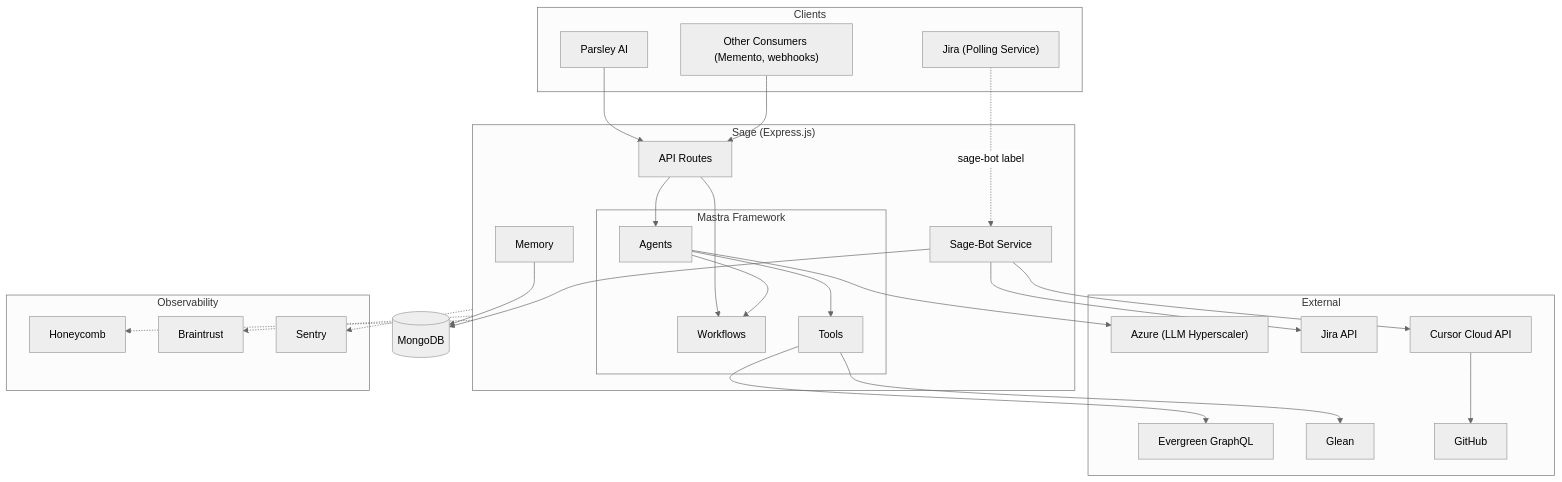
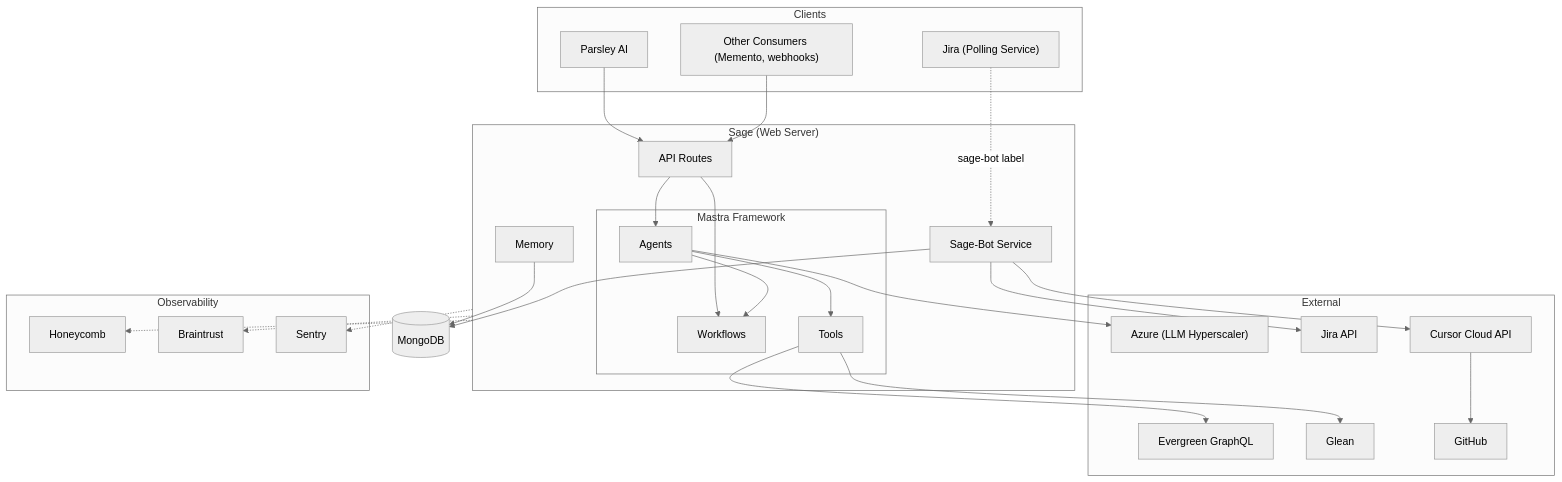
The first of 3 diagrams in ARCHITECTURE.md (evergreen-ci/sage), drawn with Mermaid (neutral theme) before and after one commit. The commit also changed 1 other file, not shown here.

Commit message:
Remove unnecessary express reference

````diff
--- a/ARCHITECTURE.md
+++ b/ARCHITECTURE.md
@@ -7,57 +7,57 @@
 ```mermaid
 graph TD
     subgraph Clients
         Parsley["Parsley AI"]
         Other["Other Consumers (Memento, webhooks)"]
         Jira["Jira (Polling Service)"]
     end
 
-    subgraph Sage["Sage (Express.js)"]
+    subgraph Sage["Sage (Web Server)"]
         API["API Routes"]
         subgraph Mastra["Mastra Framework"]
             Agents["Agents"]
             Workflows["Workflows"]
             Tools["Tools"]
         end
         SageBotSvc["Sage-Bot Service"]
         Memory["Memory"]
     end
 
     subgraph External
         AzureOAI["Azure (LLM Hyperscaler)"]
         Evergreen["Evergreen GraphQL"]
         Glean["Glean"]
         JiraAPI["Jira API"]
         CursorAPI["Cursor Cloud API"]
         GitHub["GitHub"]
     end
 
     subgraph Observability
         Honeycomb["Honeycomb"]
         Braintrust["Braintrust"]
         Sentry["Sentry"]
     end
 
     MongoDB[("MongoDB")]
 
     Parsley --> API
     Other --> API
     Jira -.->|"sage-bot label"| SageBotSvc
 
     API --> Agents
     API --> Workflows
     Agents --> Tools
     Agents --> Workflows
     Agents --> AzureOAI
     Tools --> Evergreen
     Tools --> Glean
     SageBotSvc --> JiraAPI
     SageBotSvc --> CursorAPI
     CursorAPI --> GitHub
     Memory --> MongoDB
     SageBotSvc --> MongoDB
 
     Sage -.-> Honeycomb
     Sage -.-> Braintrust
     Sage -.-> Sentry
 ```
````
